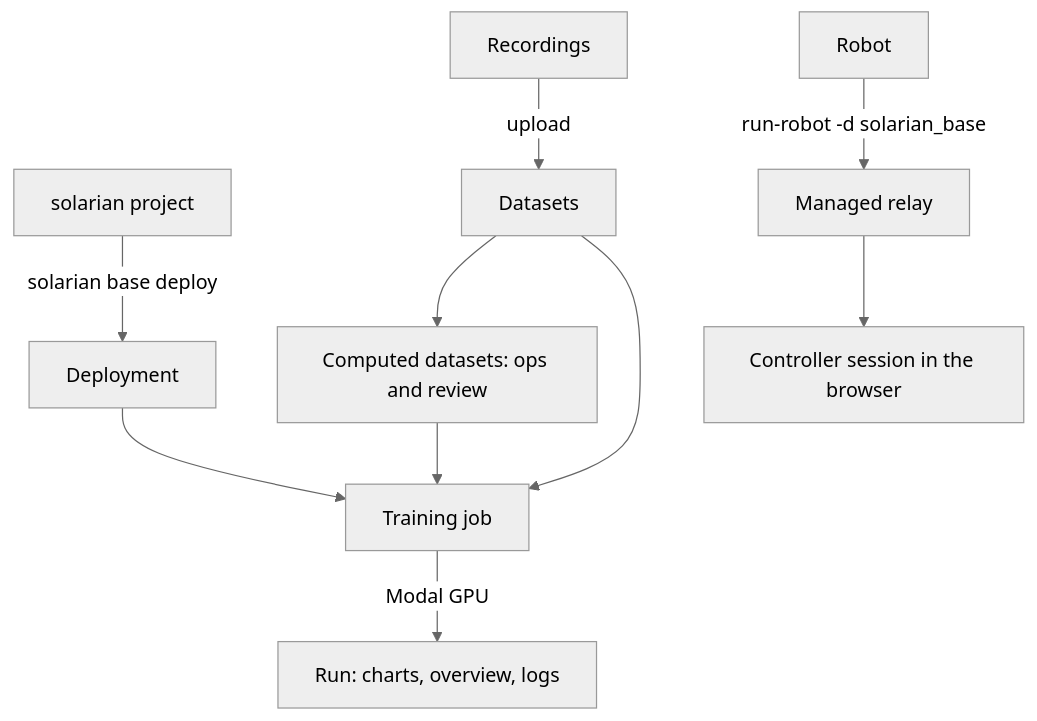
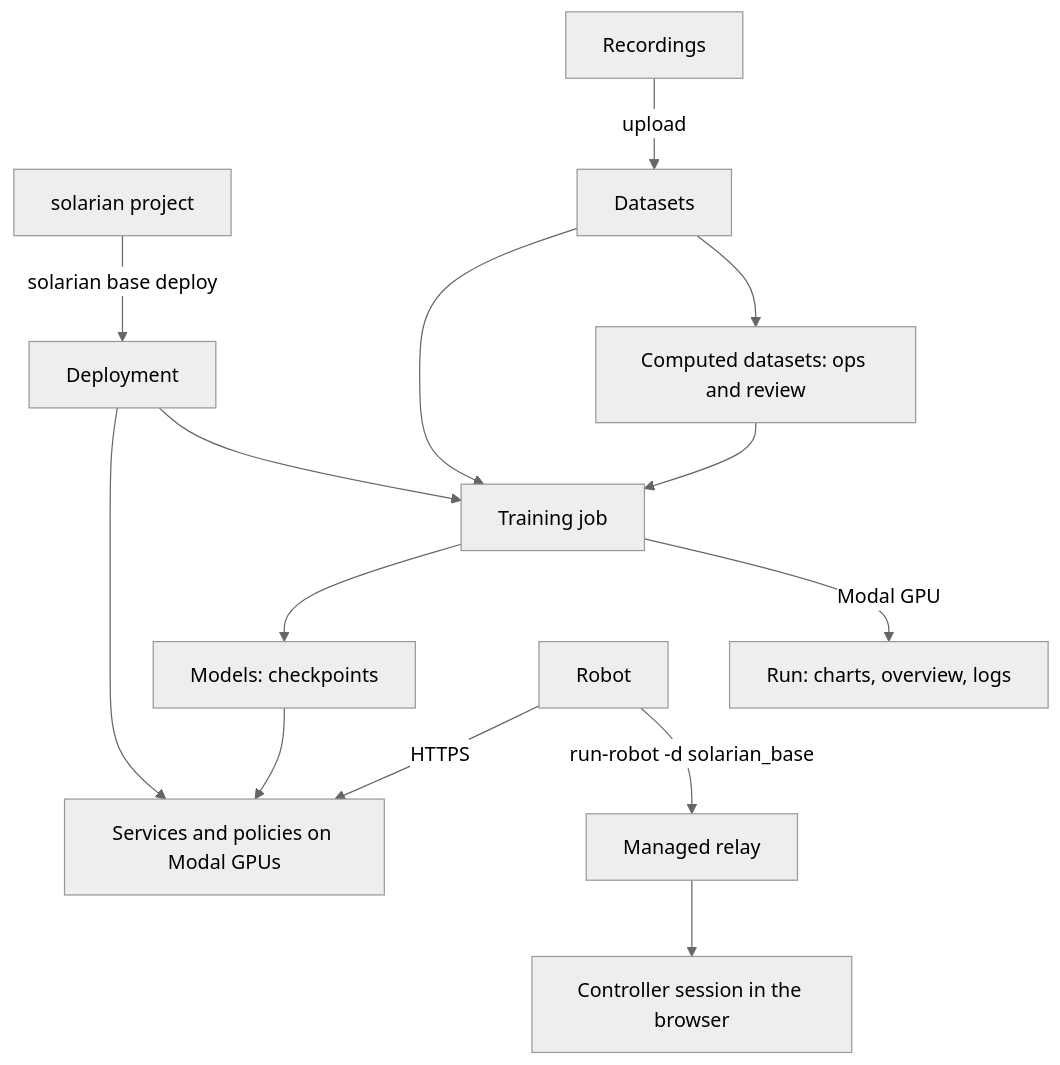
One commit to solarian-dev/solarian changed the diagram in docs/solarian-base/page.mdx. Above: the diagram before and after it, drawn with Mermaid (neutral theme). The commit also changed other lines of this file and 56 other files, not shown here.

First line of the commit message:
Refactoring for services, policies, and configuration structure

````diff
--- a/docs/solarian-base/page.mdx
+++ b/docs/solarian-base/page.mdx
@@ -15,12 +16,16 @@
 ```mermaid
 flowchart TB
     project["solarian project"] -->|"solarian base deploy"| deployment["Deployment"]
     recordings["Recordings"] -->|"upload"| datasets["Datasets"]
     datasets --> computed["Computed datasets: ops and review"]
     deployment --> job["Training job"]
     datasets --> job
     computed --> job
     job -->|"Modal GPU"| run["Run: charts, overview, logs"]
+    job --> models["Models: checkpoints"]
+    models --> endpoints["Services and policies on Modal GPUs"]
+    deployment --> endpoints
     robot["Robot"] -->|"run-robot -d solarian_base"| relay["Managed relay"]
+    robot -->|"HTTPS"| endpoints
     relay --> session["Controller session in the browser"]
 ```
````
